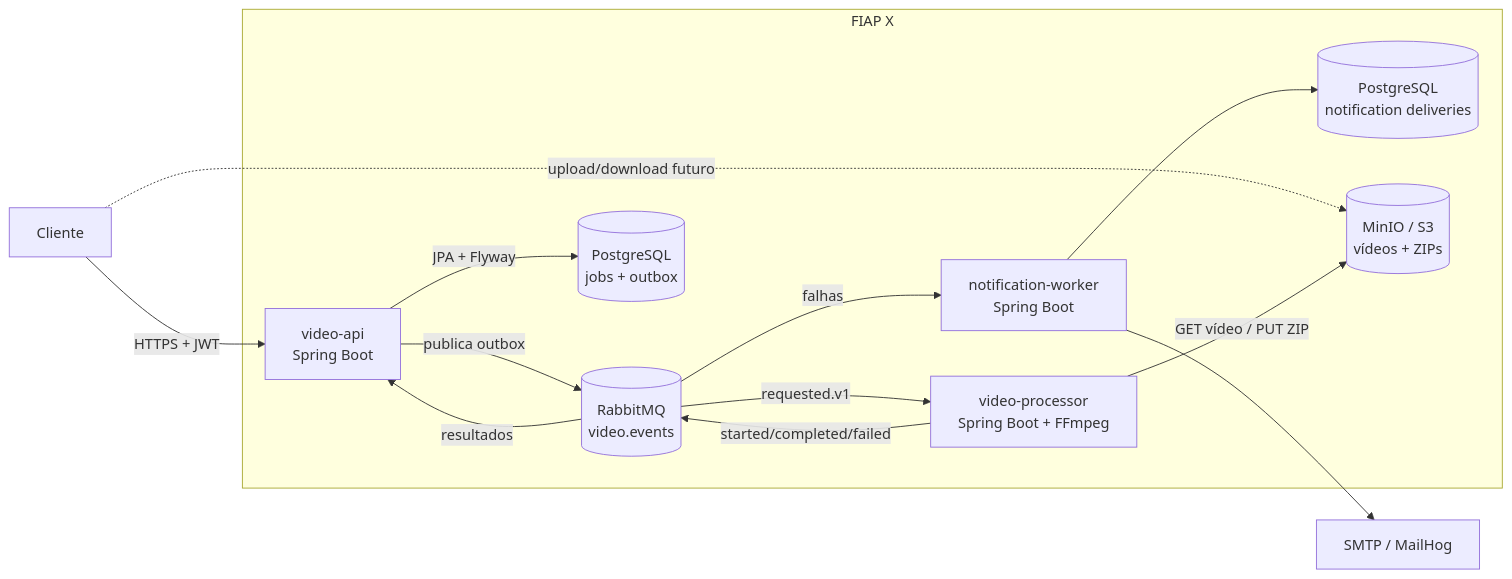
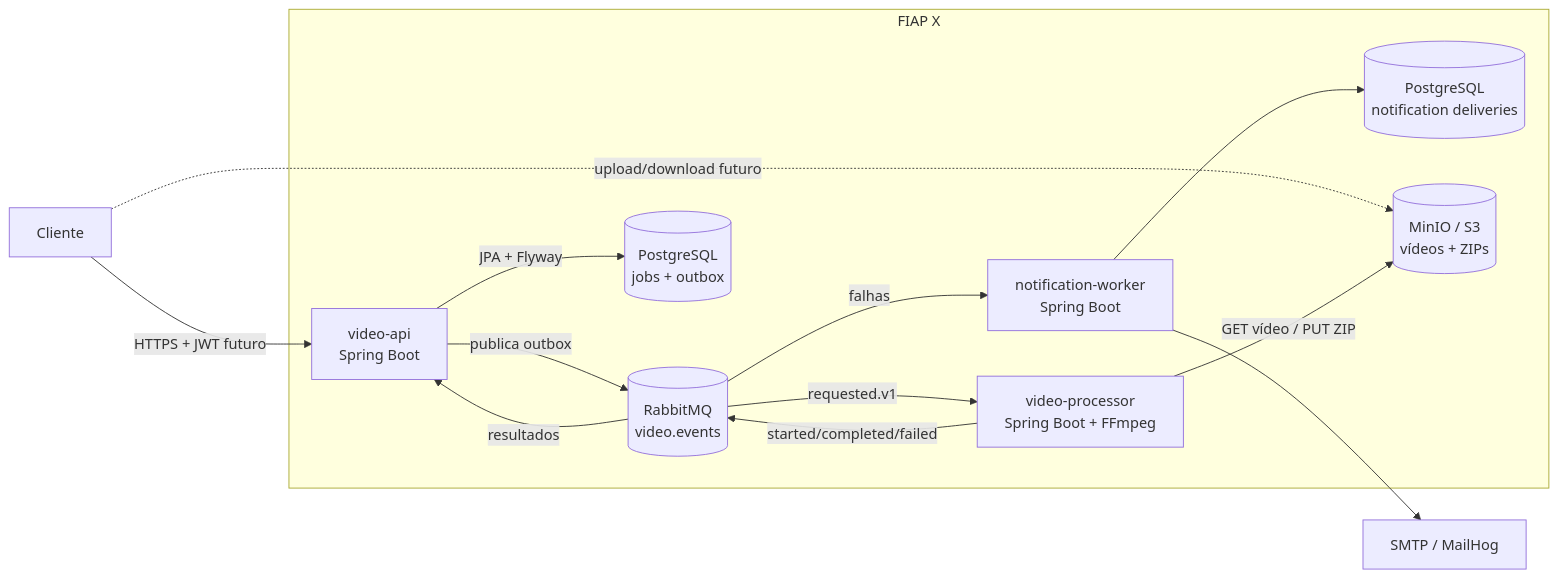
Before and after one commit to fiap-postech-team/fiapx-video-platform: the second of 7 diagrams in docs/architecture/architecture.md, drawn with Mermaid. The commit also changed other lines of this file and 4 other files, not shown here.

````diff
--- a/docs/architecture/architecture.md
+++ b/docs/architecture/architecture.md
@@ -24,25 +25,25 @@
 ```mermaid
 flowchart LR
     CLIENT[Cliente]
     subgraph PLATFORM[FIAP X]
       API[video-api<br/>Spring Boot]
       PROCESSOR[video-processor<br/>Spring Boot + FFmpeg]
       NOTIFICATION[notification-worker<br/>Spring Boot]
       RABBIT[(RabbitMQ<br/>video.events)]
       API_DB[(PostgreSQL<br/>jobs + outbox)]
       NOTIFICATION_DB[(PostgreSQL<br/>notification deliveries)]
       STORAGE[(MinIO / S3<br/>vídeos + ZIPs)]
     end
     MAIL[SMTP / MailHog]
-    CLIENT -->|HTTPS + JWT| API
+    CLIENT -->|HTTPS + JWT futuro| API
     CLIENT -.->|upload/download futuro| STORAGE
     API -->|JPA + Flyway| API_DB
     API -->|publica outbox| RABBIT
     RABBIT -->|requested.v1| PROCESSOR
     PROCESSOR -->|GET vídeo / PUT ZIP| STORAGE
     PROCESSOR -->|started/completed/failed| RABBIT
     RABBIT -->|resultados| API
     RABBIT -->|falhas| NOTIFICATION
     NOTIFICATION --> NOTIFICATION_DB
     NOTIFICATION --> MAIL
 ```
````
